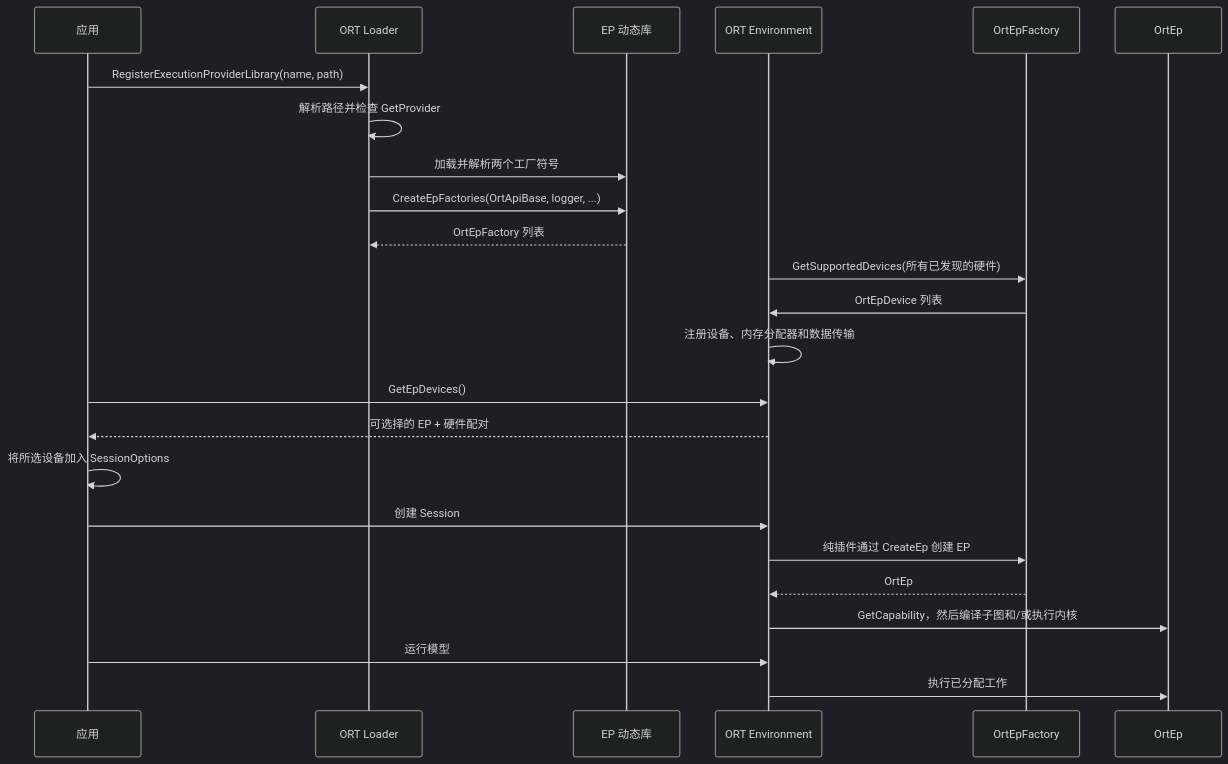
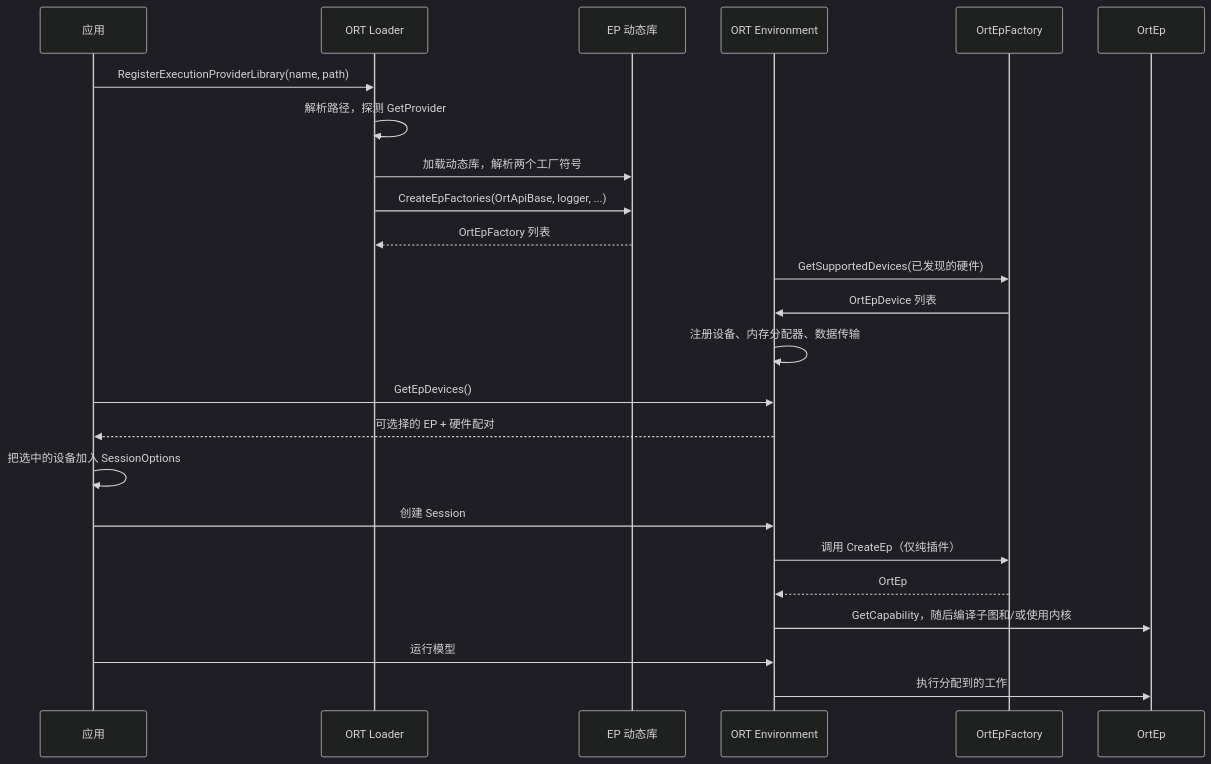
The seventh of 13 diagrams in PluginEP/README.zh-CN.md (DakeQQ/Tutorial-ONNX-Runtime-Execution-Providers), drawn with Mermaid (dark theme) before and after one commit. The commit also changed other lines of this file and 15 other files, not shown here.

````diff
--- a/PluginEP/README.zh-CN.md
+++ b/PluginEP/README.zh-CN.md
@@ -252,28 +253,28 @@
 ```mermaid
 sequenceDiagram
     participant App as 应用
     participant Loader as ORT Loader
     participant Lib as EP 动态库
     participant Env as ORT Environment
     participant Factory as OrtEpFactory
     participant EP as OrtEp
 
     App->>Loader: RegisterExecutionProviderLibrary(name, path)
-    Loader->>Loader: 解析路径并检查 GetProvider
-    Loader->>Lib: 加载并解析两个工厂符号
+    Loader->>Loader: 解析路径，探测 GetProvider
+    Loader->>Lib: 加载动态库，解析两个工厂符号
     Loader->>Lib: CreateEpFactories(OrtApiBase, logger, ...)
     Lib-->>Loader: OrtEpFactory 列表
-    Env->>Factory: GetSupportedDevices(所有已发现的硬件)
+    Env->>Factory: GetSupportedDevices(已发现的硬件)
     Factory->>Env: OrtEpDevice 列表
-    Env->>Env: 注册设备、内存分配器和数据传输
+    Env->>Env: 注册设备、内存分配器、数据传输
     App->>Env: GetEpDevices()
     Env-->>App: 可选择的 EP + 硬件配对
 
-    App->>App: 将所选设备加入 SessionOptions
+    App->>App: 把选中的设备加入 SessionOptions
     App->>Env: 创建 Session
-    Env->>Factory: 纯插件通过 CreateEp 创建 EP
+    Env->>Factory: 调用 CreateEp（仅纯插件）
     Factory-->>Env: OrtEp
-    Env->>EP: GetCapability，然后编译子图和/或执行内核
+    Env->>EP: GetCapability，随后编译子图和/或使用内核
     App->>Env: 运行模型
-    Env->>EP: 执行已分配工作
+    Env->>EP: 执行分配到的工作
 ```
````
